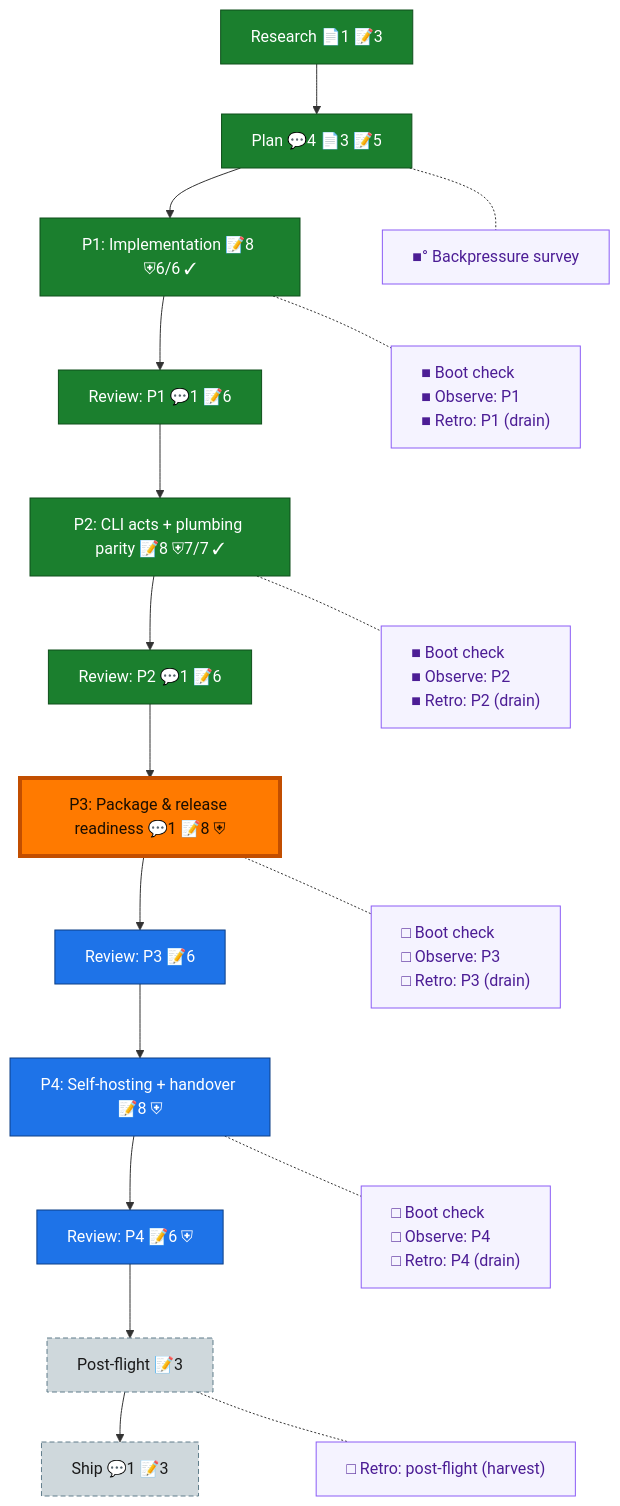
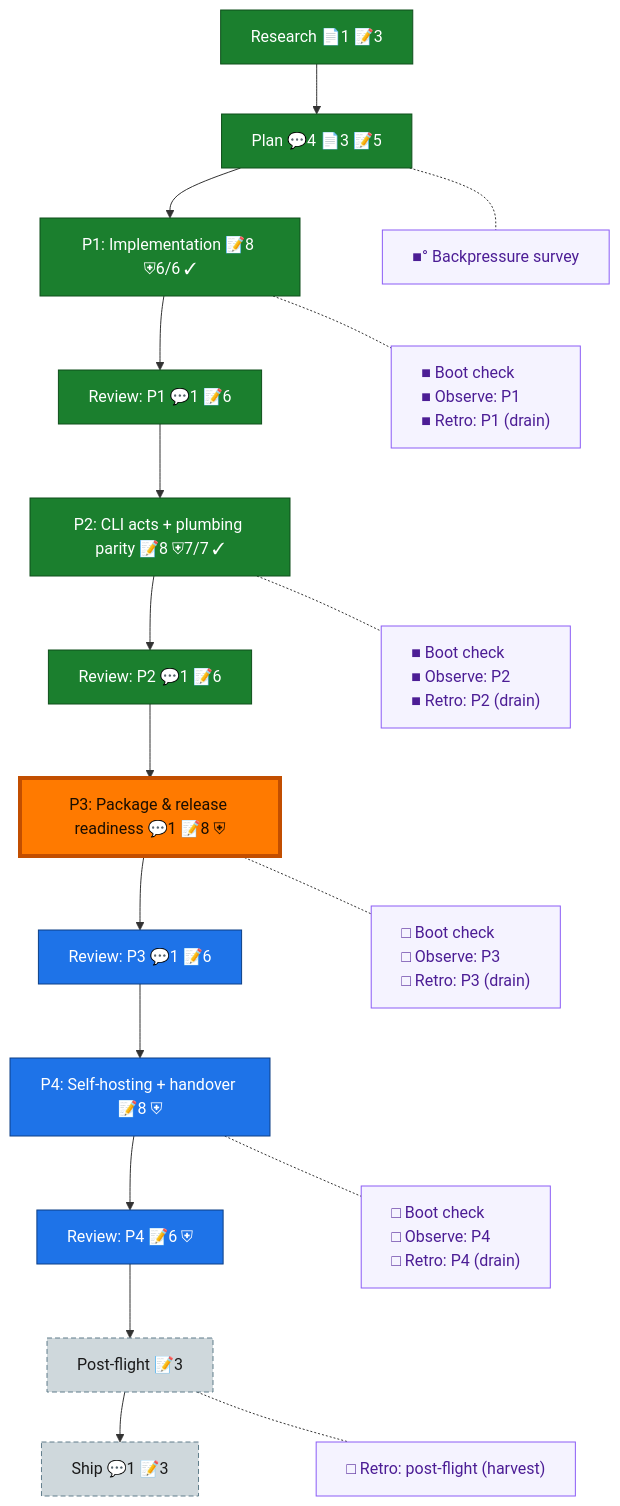
Before and after one commit to AI-Substrate/dd: the diagram in docs/plans/001-dd-extraction/the-flow.md, drawn with Mermaid. The commit also changed other lines of this file and 3 other files, not shown here.

````diff
--- a/docs/plans/001-dd-extraction/the-flow.md
+++ b/docs/plans/001-dd-extraction/the-flow.md
@@ -8,43 +8,43 @@
 ```mermaid
 flowchart TD
     research["Research 📄1 📝3"]:::done
     plan["Plan 💬4 📄3 📝5"]:::done
     phase_1["P1: Implementation 📝8 ⛨6/6 ✓"]:::done
     review_1["Review: P1 💬1 📝6"]:::done
     phase_2["P2: CLI acts + plumbing parity 📝8 ⛨7/7 ✓"]:::done
     review_2["Review: P2 💬1 📝6"]:::done
     phase_3["P3: Package & release readiness 💬1 📝8 ⛨"]:::wip
-    review_3["Review: P3 📝6"]:::known
+    review_3["Review: P3 💬1 📝6"]:::known
     phase_4["P4: Self-hosting + handover 📝8 ⛨"]:::known
     review_4["Review: P4 📝6 ⛨"]:::known
     post_flight["Post-flight 📝3"]:::assumed
     ship["Ship 💬1 📝3"]:::assumed
 
     research --> plan --> phase_1 --> review_1 --> phase_2 --> review_2 --> phase_3 --> review_3 --> phase_4 --> review_4 --> post_flight --> ship
 
     planC["■° Backpressure survey"]:::chore
     phase_1C["■ Boot check<br/>■ Observe: P1<br/>■ Retro: P1 (drain)"]:::chore
     phase_2C["■ Boot check<br/>■ Observe: P2<br/>■ Retro: P2 (drain)"]:::chore
     phase_3C["□ Boot check<br/>□ Observe: P3<br/>□ Retro: P3 (drain)"]:::chore
     phase_4C["□ Boot check<br/>□ Observe: P4<br/>□ Retro: P4 (drain)"]:::chore
     post_flightC["□ Retro: post-flight (harvest)"]:::chore
 
     %% invisible chain holds the gutter boxes in their own column
     planC ~~~ phase_1C ~~~ phase_2C ~~~ phase_3C ~~~ phase_4C ~~~ post_flightC
 
     %% dotted links pull each gutter box beside its node
     plan -.- planC
     phase_1 -.- phase_1C
     phase_2 -.- phase_2C
     phase_3 -.- phase_3C
     phase_4 -.- phase_4C
     post_flight -.- post_flightC
 
     classDef done fill:#1B7F2E,stroke:#0F4F1B,color:#fff;
     classDef wip fill:#43C04A,stroke:#1B7F2E,color:#04210A;
     classDef known fill:#1E73E8,stroke:#0D3F86,color:#fff;
     classDef assumed fill:#CFD8DC,stroke:#607D8B,color:#1a1a1a,stroke-dasharray:5 3;
     classDef chore fill:#f5f3ff,stroke:#8b5cf6,color:#4c1d95,text-align:left;
     classDef current fill:#FF7A00,stroke:#C24E00,color:#1a0e00,stroke-width:4px;
     class phase_3 current;
 ```
````
